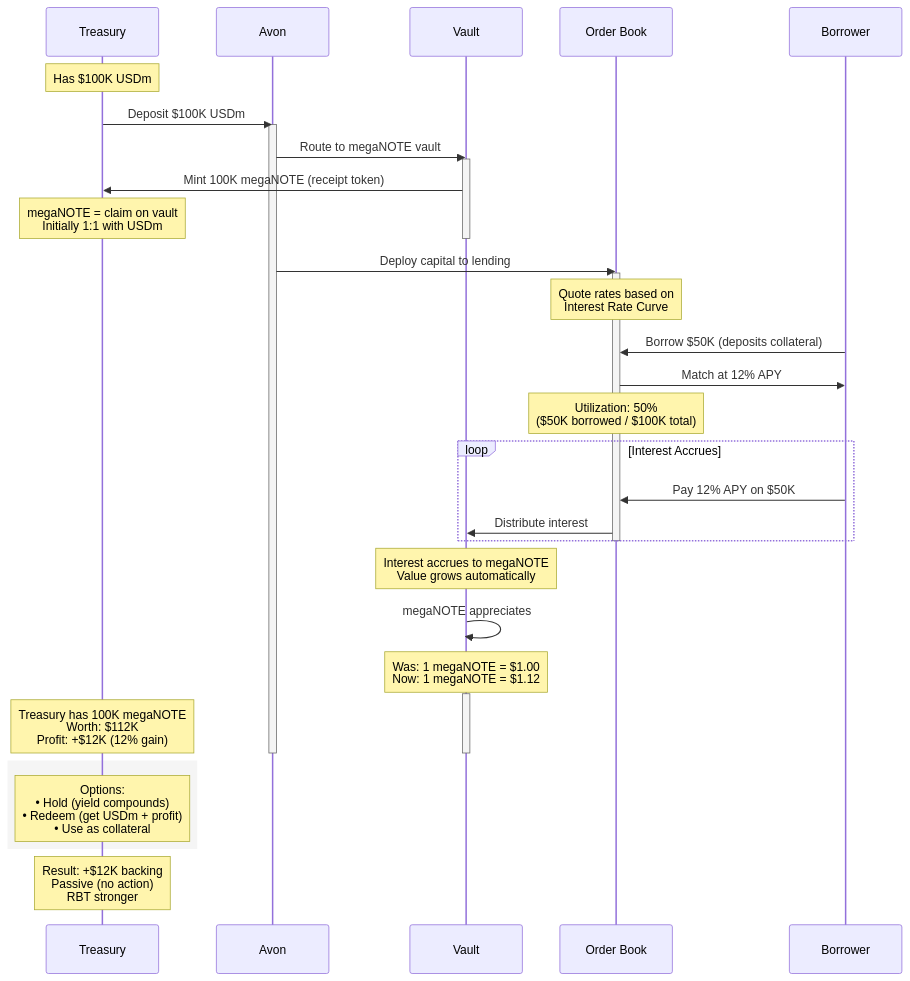
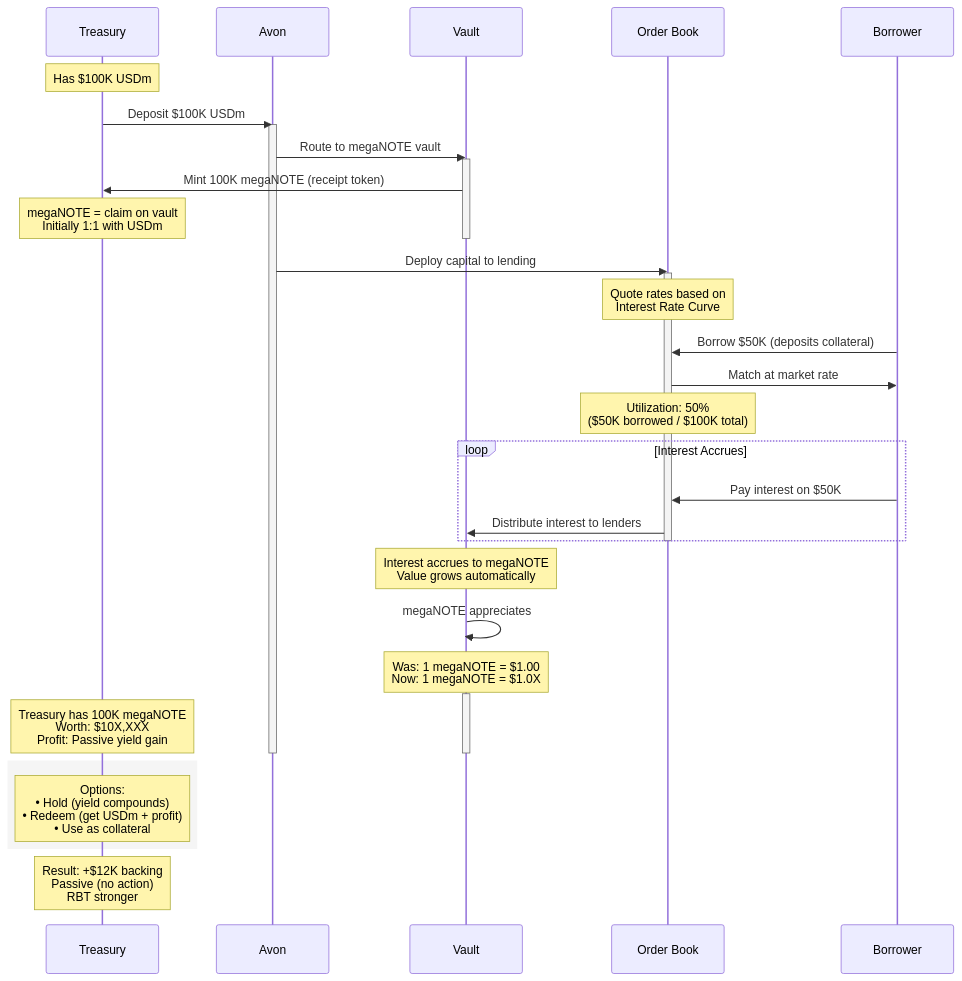
One commit to 0xJaehaerys/ohmega changed the fourth of 4 diagrams in docs/CORE_DIAGRAMS.md. Above: the diagram before and after it, drawn with Mermaid. The commit also changed other lines of this file, not shown here.

Commit message:
Remove speculative APY numbers from Avon example - keep only mechanics

````diff
--- a/docs/CORE_DIAGRAMS.md
+++ b/docs/CORE_DIAGRAMS.md
@@ -300,56 +300,56 @@
 ```mermaid
 sequenceDiagram
     participant Treasury as Treasury
     participant Avon as Avon
     participant Vault as Vault
     participant OrderBook as Order Book
     participant Borrower as Borrower
     
     Note over Treasury: Has $100K USDm
     
     Treasury->>Avon: Deposit $100K USDm
     activate Avon
     
     Avon->>Vault: Route to megaNOTE vault
     activate Vault
     
     Vault->>Treasury: Mint 100K megaNOTE (receipt token)
     Note over Treasury: megaNOTE = claim on vault<br/>Initially 1:1 with USDm
     
     deactivate Vault
     
     Avon->>OrderBook: Deploy capital to lending
     activate OrderBook
     
     Note over OrderBook: Quote rates based on<br/>Interest Rate Curve
     
     Borrower->>OrderBook: Borrow $50K (deposits collateral)
     
-    OrderBook->>Borrower: Match at 12% APY
+    OrderBook->>Borrower: Match at market rate
     
     Note over OrderBook: Utilization: 50%<br/>($50K borrowed / $100K total)
     
     loop Interest Accrues
-        Borrower->>OrderBook: Pay 12% APY on $50K
-        OrderBook->>Vault: Distribute interest
+        Borrower->>OrderBook: Pay interest on $50K
+        OrderBook->>Vault: Distribute interest to lenders
     end
     
     deactivate OrderBook
     
     Note over Vault: Interest accrues to megaNOTE<br/>Value grows automatically
     
     Vault->>Vault: megaNOTE appreciates
-    Note over Vault: Was: 1 megaNOTE = $1.00<br/>Now: 1 megaNOTE = $1.12
+    Note over Vault: Was: 1 megaNOTE = $1.00<br/>Now: 1 megaNOTE = $1.0X
     
     activate Vault
-    Note over Treasury: Treasury has 100K megaNOTE<br/>Worth: $112K<br/>Profit: +$12K (12% gain)
+    Note over Treasury: Treasury has 100K megaNOTE<br/>Worth: $10X,XXX<br/>Profit: Passive yield gain
     deactivate Vault
     
     deactivate Avon
     
     rect rgb(245, 245, 245)
         Note over Treasury: Options:<br/>• Hold (yield compounds)<br/>• Redeem (get USDm + profit)<br/>• Use as collateral
     end
     
     Note over Treasury: Result: +$12K backing<br/>Passive (no action)<br/>RBT stronger
 ```
````
